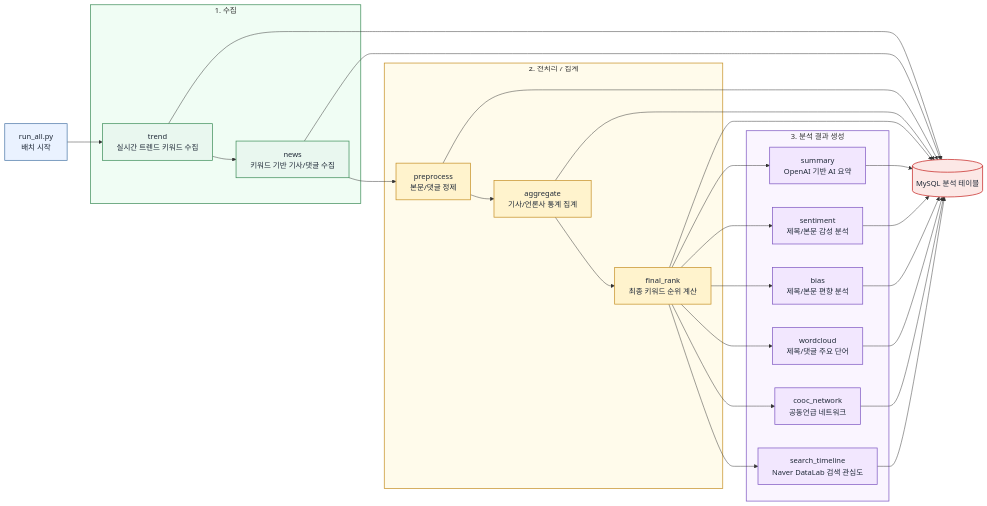
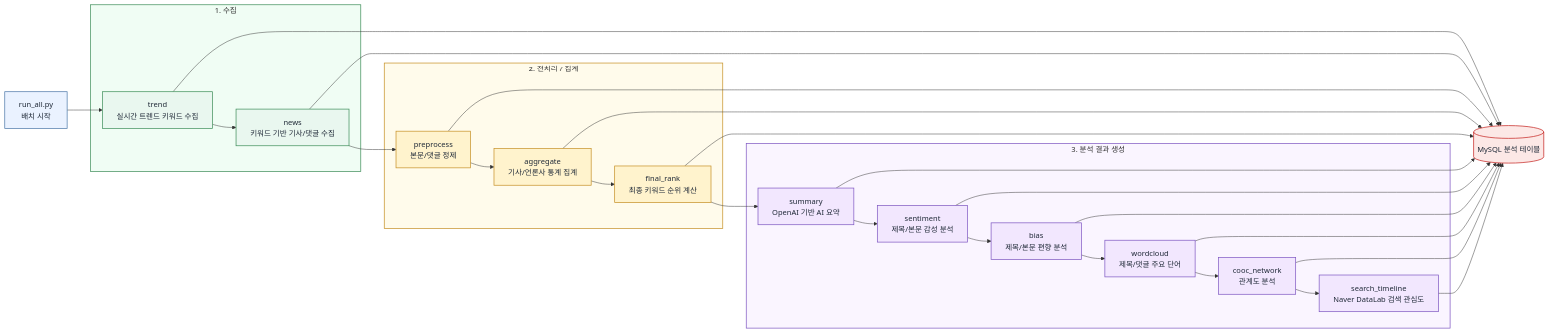
Before and after one commit to sssat/graduation-project: the third of 5 diagrams in docs/architecture-draft.md, drawn with Mermaid. The commit also changed other lines of this file, not shown here.

````diff
--- a/docs/architecture-draft.md
+++ b/docs/architecture-draft.md
@@ -119,60 +123,55 @@
 ```mermaid
 flowchart LR
   Start["run_all.py<br/>배치 시작"]
 
   subgraph Collect["1. 수집"]
     Trend["trend<br/>실시간 트렌드 키워드 수집"]
     News["news<br/>키워드 기반 기사/댓글 수집"]
   end
 
   subgraph Prepare["2. 전처리 / 집계"]
     Preprocess["preprocess<br/>본문/댓글 정제"]
     Aggregate["aggregate<br/>기사/언론사 통계 집계"]
     FinalRank["final_rank<br/>최종 키워드 순위 계산"]
   end
 
   subgraph Analyze["3. 분석 결과 생성"]
     Summary["summary<br/>OpenAI 기반 AI 요약"]
     Sentiment["sentiment<br/>제목/본문 감성 분석"]
     Bias["bias<br/>제목/본문 편향 분석"]
     Wordcloud["wordcloud<br/>제목/댓글 주요 단어"]
-    Cooc["cooc_network<br/>공동언급 네트워크"]
+    Cooc["cooc_network<br/>관계도 분석"]
     SearchTimeline["search_timeline<br/>Naver DataLab 검색 관심도"]
   end
 
   DB[("MySQL 분석 테이블")]
 
   Start --> Trend --> News --> Preprocess --> Aggregate --> FinalRank
-  FinalRank --> Summary
-  FinalRank --> Sentiment
-  FinalRank --> Bias
-  FinalRank --> Wordcloud
-  FinalRank --> Cooc
-  FinalRank --> SearchTimeline
+  FinalRank --> Summary --> Sentiment --> Bias --> Wordcloud --> Cooc --> SearchTimeline
 
   Trend --> DB
   News --> DB
   Preprocess --> DB
   Aggregate --> DB
   FinalRank --> DB
   Summary --> DB
   Sentiment --> DB
   Bias --> DB
   Wordcloud --> DB
   Cooc --> DB
   SearchTimeline --> DB
 
   classDef start fill:#EAF2FF,stroke:#4C78A8,color:#1F2937,stroke-width:1.5px
   classDef collect fill:#E9F7EF,stroke:#3E8E5A,color:#1F2937,stroke-width:1.5px
   classDef prepare fill:#FFF3CD,stroke:#C69026,color:#1F2937,stroke-width:1.5px
   classDef analyze fill:#F2E7FE,stroke:#7E57C2,color:#1F2937,stroke-width:1.5px
   classDef db fill:#FCE8E6,stroke:#C5221F,color:#1F2937,stroke-width:1.5px
   class Start start
   class Trend,News collect
   class Preprocess,Aggregate,FinalRank prepare
   class Summary,Sentiment,Bias,Wordcloud,Cooc,SearchTimeline analyze
   class DB db
   style Collect fill:#F0FDF4,stroke:#3E8E5A,stroke-width:1.5px
   style Prepare fill:#FFFBEB,stroke:#C69026,stroke-width:1.5px
   style Analyze fill:#FAF5FF,stroke:#7E57C2,stroke-width:1.5px
 ```
````
